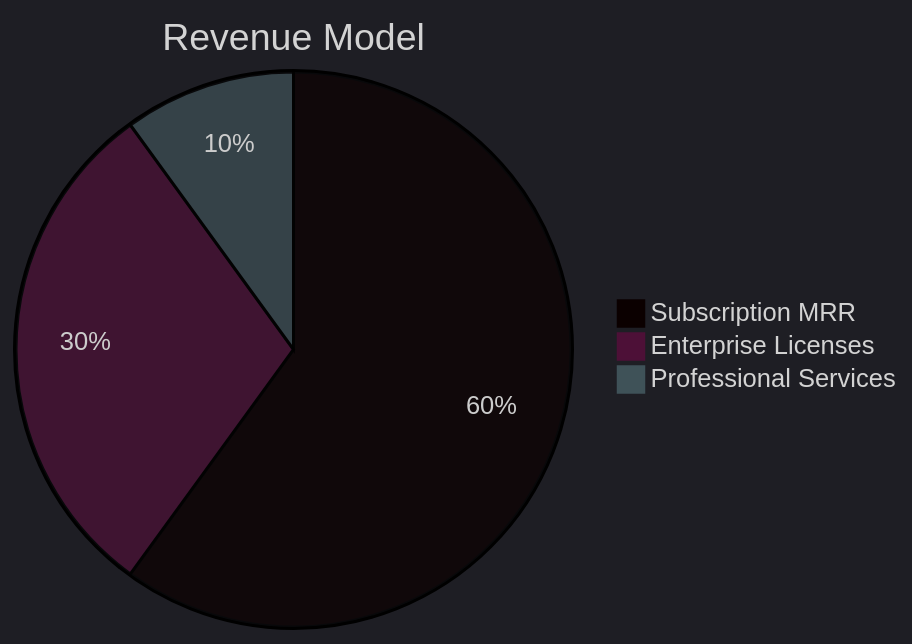
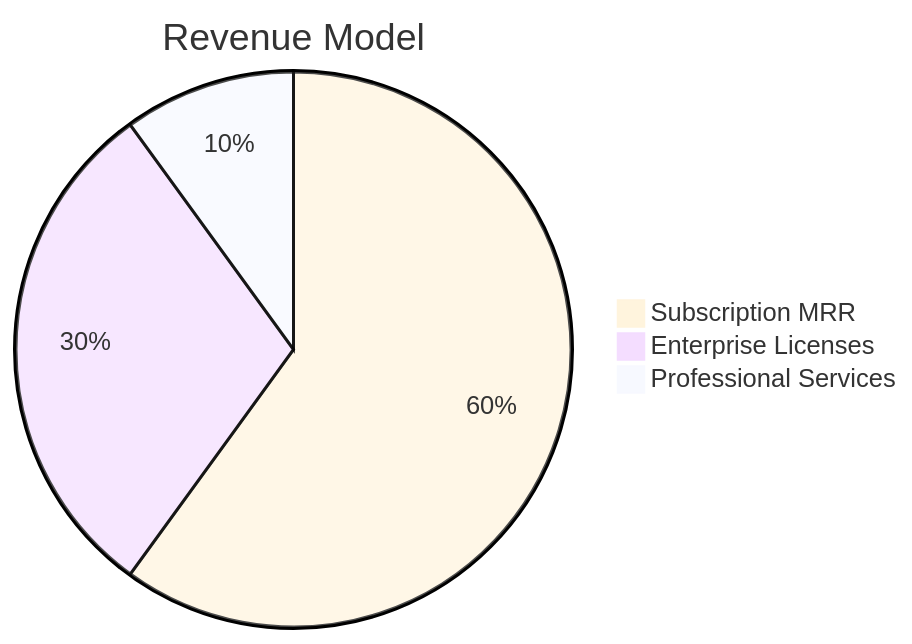
Before and after one commit to VIKAS9793/VIKAS9793: the second of 11 diagrams in README.md, drawn with Mermaid. The commit also changed other lines of this file, not shown here.

````diff
--- a/README.md
+++ b/README.md
@@ -150,7 +152,7 @@
 ```mermaid
-%%{init: {'theme':'dark'}}%%
+%%{init: {'theme':'base'}}%%
 pie title Revenue Model
     "Subscription MRR" : 60
     "Enterprise Licenses" : 30
     "Professional Services" : 10
 ```
````
